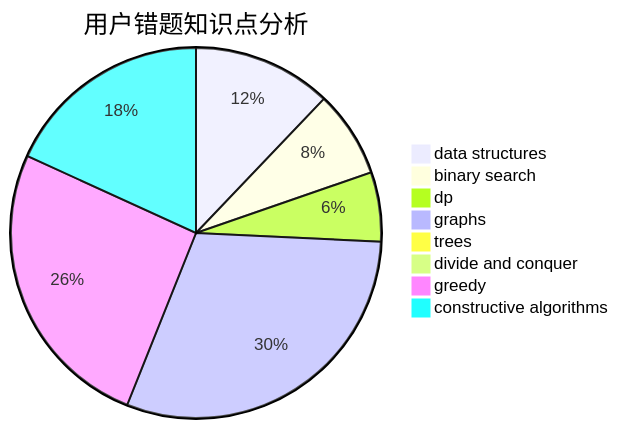
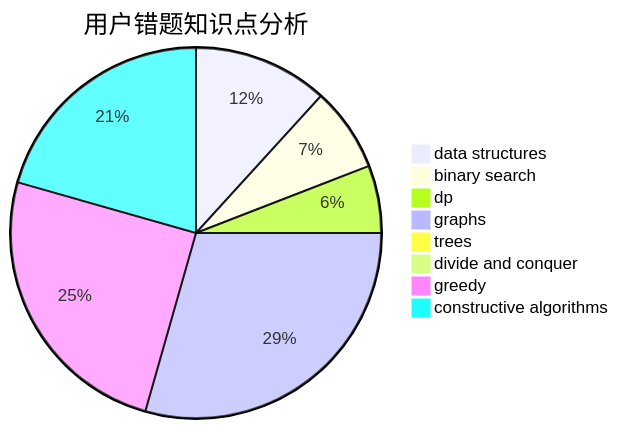
One commit to sherpahu/cfrs.github.io changed the third of 3 diagrams in docs/user/u2083.md. Above: the diagram before and after it, drawn with Mermaid. The commit also changed other lines of this file and 2770 other files, not shown here.

````diff
--- a/docs/user/u2083.md
+++ b/docs/user/u2083.md
@@ -36,11 +36,11 @@
 ```mermaid
 pie title 用户错题知识点分析
     "data structures" :  8
     "binary search" :  5
     "dp" :  4
     "graphs" :  20
     "trees" :  0
     "divide and conquer" :  0
     "greedy" :  17
-    "constructive algorithms" :  12
+    "constructive algorithms" :  14
 ```
````
